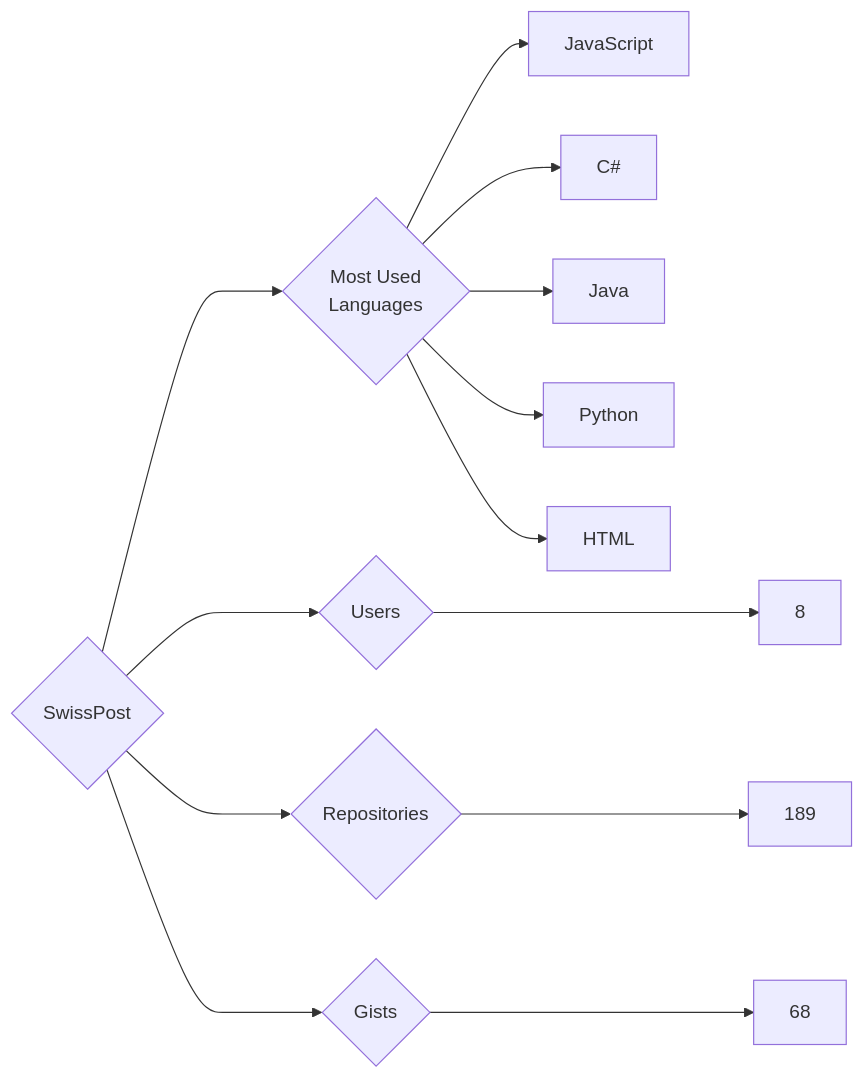
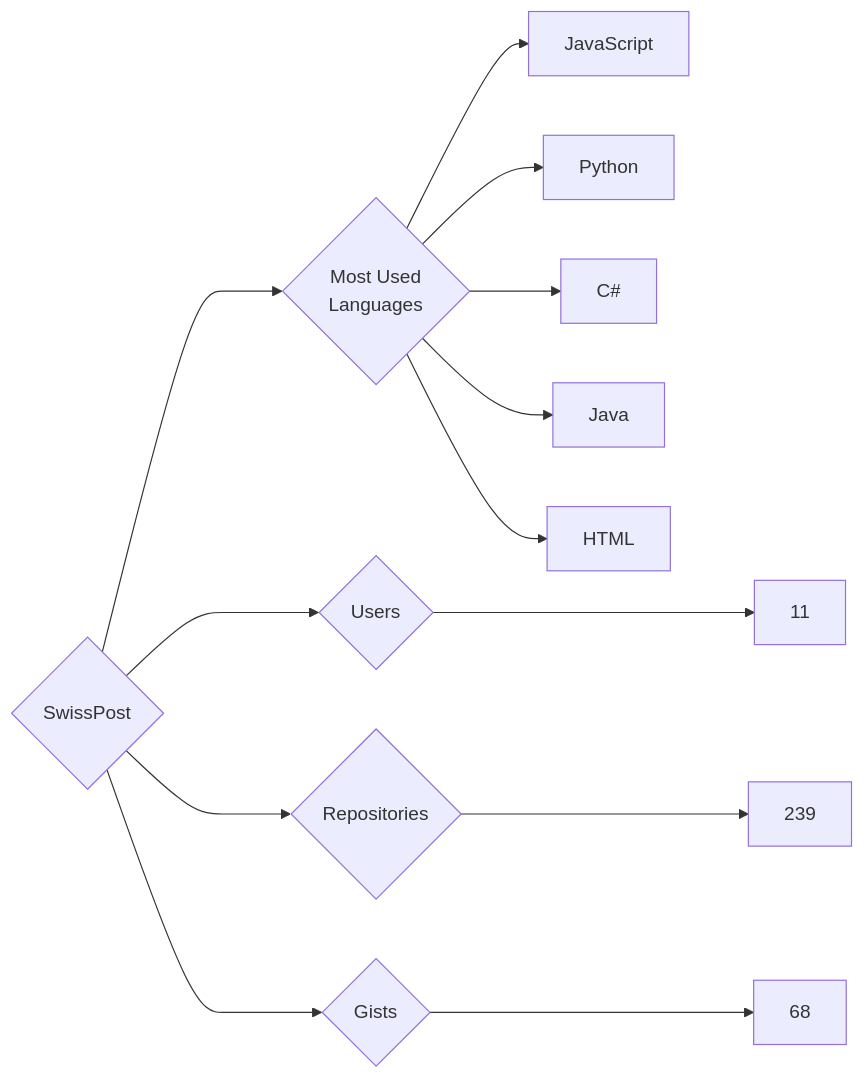
Before and after one commit to trickest/insiders: the diagram in targets/SwissPost/README.md, drawn with Mermaid. The commit also changed 835 other files, not shown here.

````diff
--- a/targets/SwissPost/README.md
+++ b/targets/SwissPost/README.md
@@ -3,13 +3,13 @@
 ```mermaid
 graph LR
 COMPANY_NAME{SwissPost}
-COMPANY_NAME ---> U{Users} ---> UN[8]
-COMPANY_NAME ---> R{Repositories} ---> RN[189]
+COMPANY_NAME ---> U{Users} ---> UN[11]
+COMPANY_NAME ---> R{Repositories} ---> RN[239]
 COMPANY_NAME ---> G{Gists} ---> GN[68]
 COMPANY_NAME ---> ML{Most Used<br>Languages}
 ML --> JavaScript[JavaScript]
+ML --> Python[Python]
 ML --> C#[C#]
 ML --> Java[Java]
-ML --> Python[Python]
 ML --> HTML[HTML]
 ```
````
